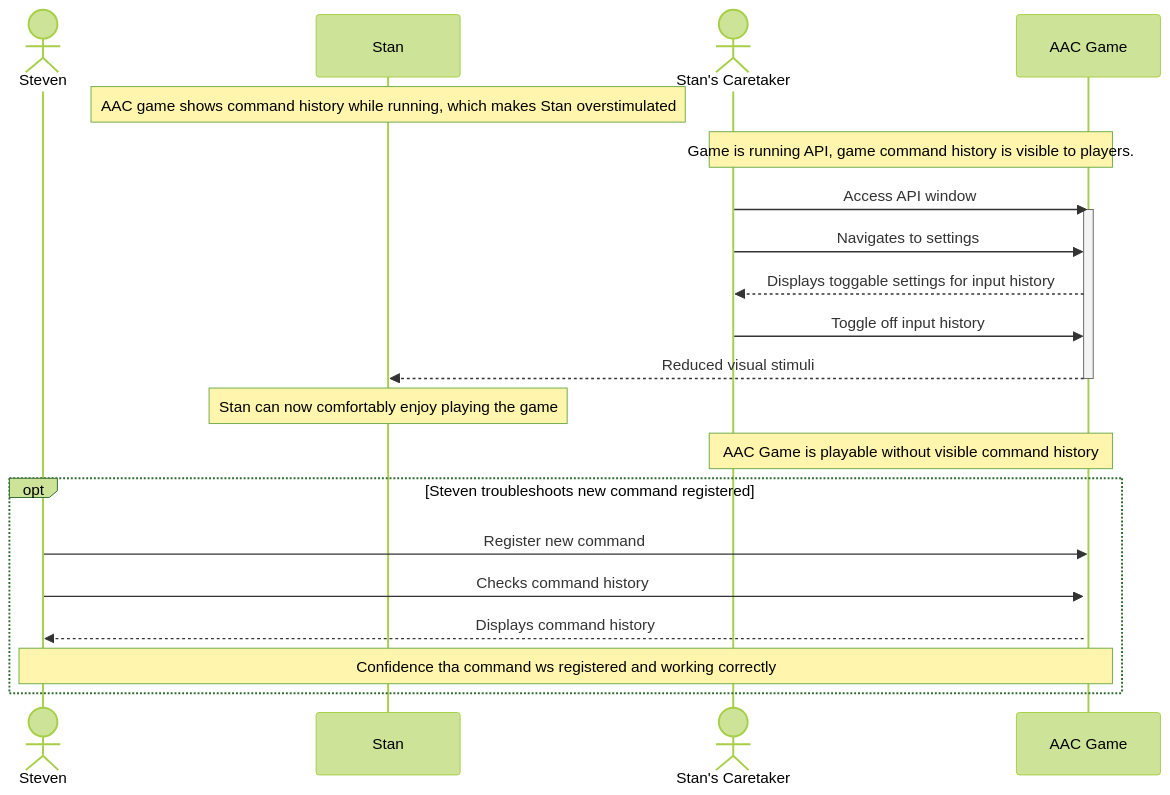
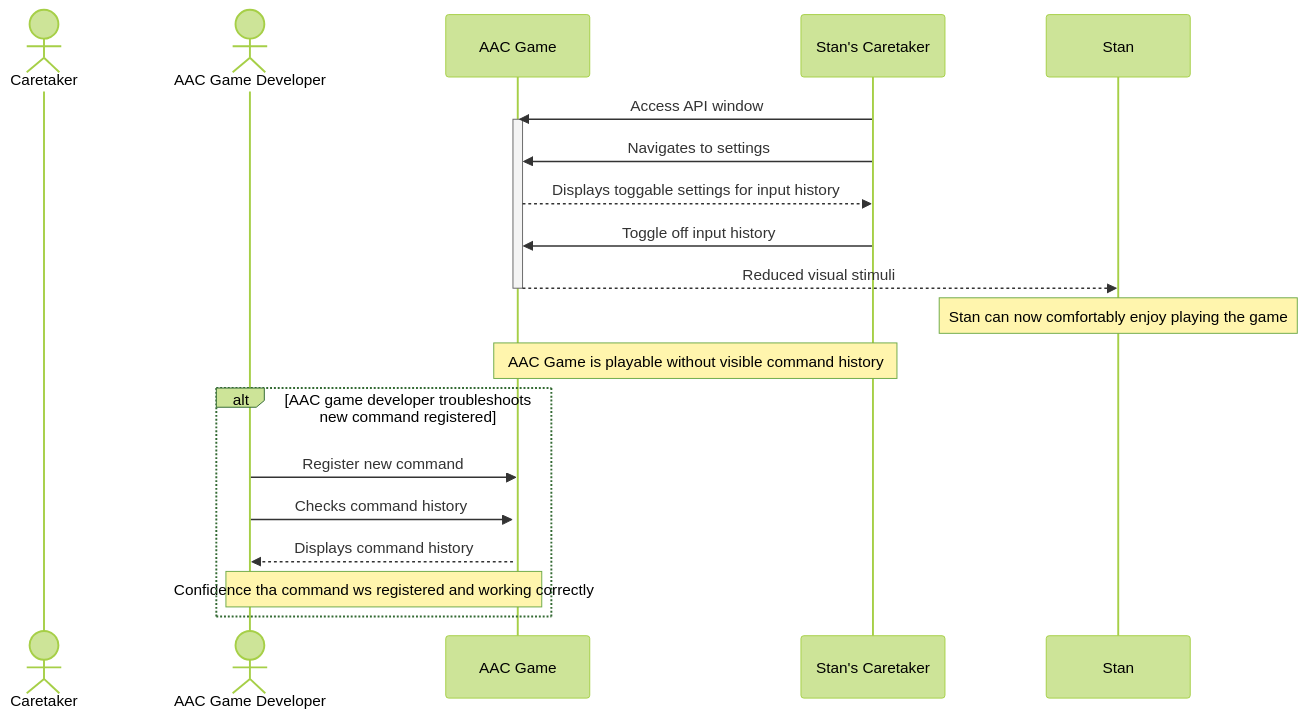
The seventh of 8 diagrams in documentation/docs/system-architecture/sequence-diagrams.md (Capstone-Projects-2025-Fall/project-001-aac-api), drawn with Mermaid (forest theme) before and after one commit. The commit also changed other lines of this file, not shown here.

Commit message:
Updating Sequence Diagrams

````diff
--- a/documentation/docs/system-architecture/sequence-diagrams.md
+++ b/documentation/docs/system-architecture/sequence-diagrams.md
@@ -353,27 +325,25 @@
 ```mermaid
 sequenceDiagram
-    actor Steven
-    Note over Stan: AAC game shows command history while running, which makes Stan overstimulated
-    actor Stan's Caretaker
+    actor Caretaker
+    actor AAC Game Developer
     participant AAC Game
     
-    Note over Stan's Caretaker, AAC Game: Game is running API, game command history is visible to players.
     Stan's Caretaker ->> AAC Game: Access API window
     activate AAC Game
     Stan's Caretaker ->> AAC Game: Navigates to settings
     AAC Game -->> Stan's Caretaker: Displays toggable settings for input history
     Stan's Caretaker ->> AAC Game: Toggle off input history
     
     AAC Game -->> Stan: Reduced visual stimuli
     deactivate AAC Game
     Note over Stan: Stan can now comfortably enjoy playing the game
     Note over Stan's Caretaker, AAC Game: AAC Game is playable without visible command history
     
-    opt Steven troubleshoots new command registered
-        Steven ->> AAC Game: Register new command
+    alt AAC game developer troubleshoots new command registered
+        AAC Game Developer ->> AAC Game: Register new command
         activate AAC Game
-        Steven ->> AAC Game: Checks command history
-        AAC Game -->> Steven: Displays command history
-        Note over Steven, AAC Game: Confidence tha command ws registered and working correctly
+        AAC Game Developer ->> AAC Game: Checks command history
+        AAC Game -->> AAC Game Developer: Displays command history
+        Note over AAC Game Developer, AAC Game: Confidence tha command ws registered and working correctly
     end
 ```
````
